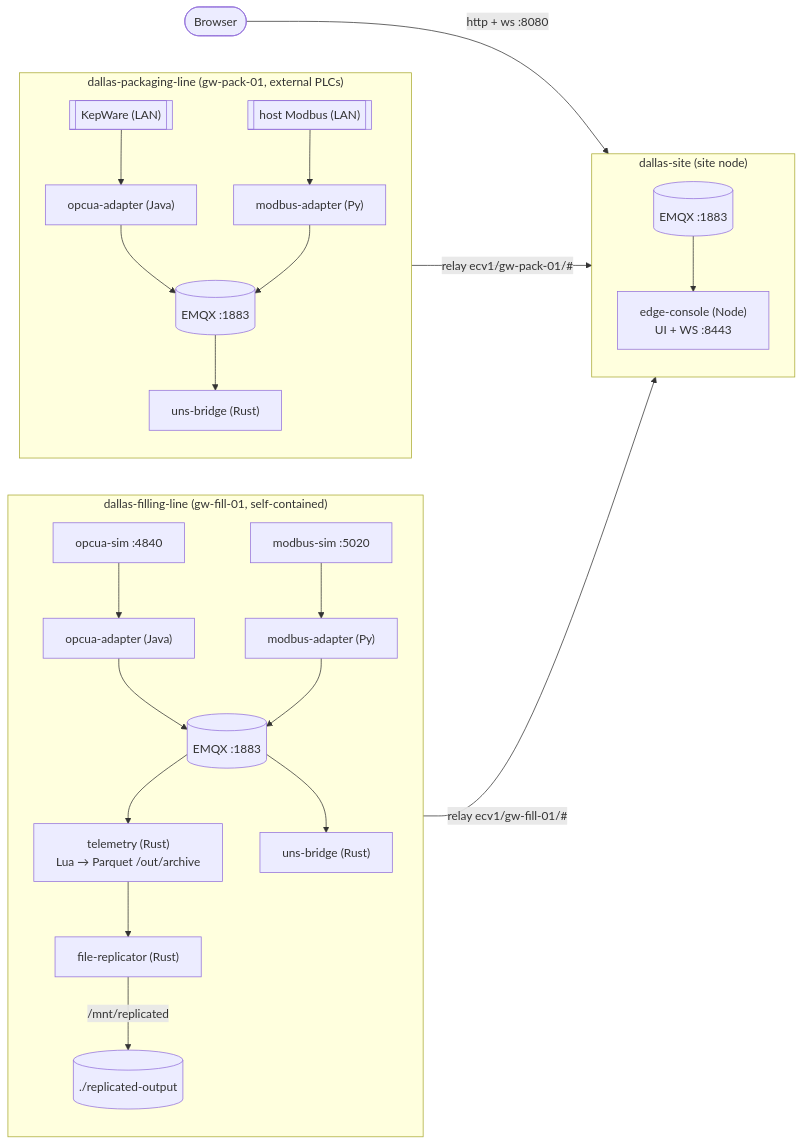
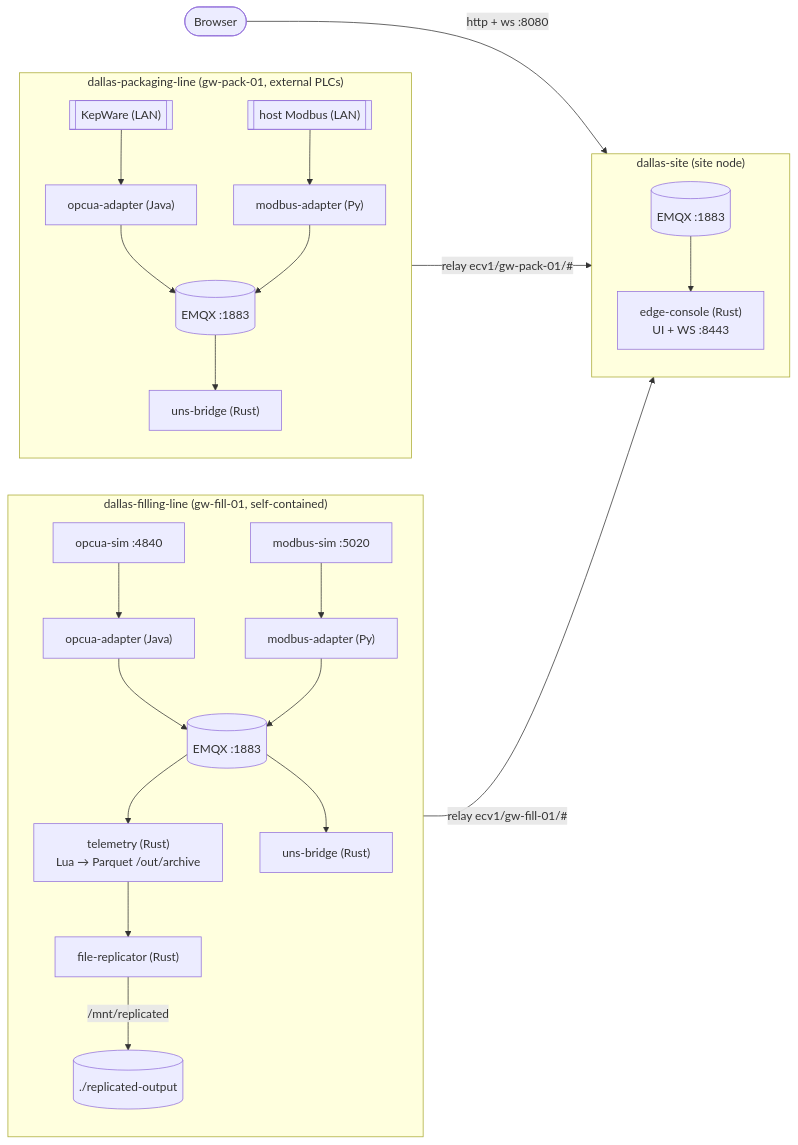
Before and after one commit to edgecommons/bottling-company-test: the diagram in README.md, drawn with Mermaid. The commit also changed other lines of this file and 12 other files, not shown here.

First line of the commit message:
Run the Rust edge-console gateway in the Dallas harness

````diff
--- a/README.md
+++ b/README.md
@@ -34,32 +34,32 @@
 ```mermaid
 flowchart LR
   browser([Browser])
 
   subgraph SITE["dallas-site  (site node)"]
     direction TB
-    sconsole["edge-console (Node)<br/>UI + WS :8443"]
+    sconsole["edge-console (Rust)<br/>UI + WS :8443"]
     sbroker[("EMQX :1883")]
     sbroker --> sconsole
   end
   browser -- "http + ws :8080" --> sconsole
 
   subgraph FILL["dallas-filling-line  (gw-fill-01, self-contained)"]
     direction TB
     fbroker[("EMQX :1883")]
     fsimo["opcua-sim :4840"] --> fopc["opcua-adapter (Java)"] --> fbroker
     fsimm["modbus-sim :5020"] --> fmod["modbus-adapter (Py)"] --> fbroker
     fbroker --> ftel["telemetry (Rust)<br/>Lua → Parquet /out/archive"] --> frep["file-replicator (Rust)"]
     frep -- "/mnt/replicated" --> hostout[("./replicated-output")]
     fbroker --> fbr["uns-bridge (Rust)"]
   end
   fbr -- "relay ecv1/gw-fill-01/#" --> sbroker
 
   subgraph PACK["dallas-packaging-line  (gw-pack-01, external PLCs)"]
     direction TB
     pbroker[("EMQX :1883")]
     kep[["KepWare (LAN)"]] --> popc["opcua-adapter (Java)"] --> pbroker
     hsim[["host Modbus (LAN)"]] --> pmod["modbus-adapter (Py)"] --> pbroker
     pbroker --> pbr["uns-bridge (Rust)"]
   end
   pbr -- "relay ecv1/gw-pack-01/#" --> sbroker
 ```
````
